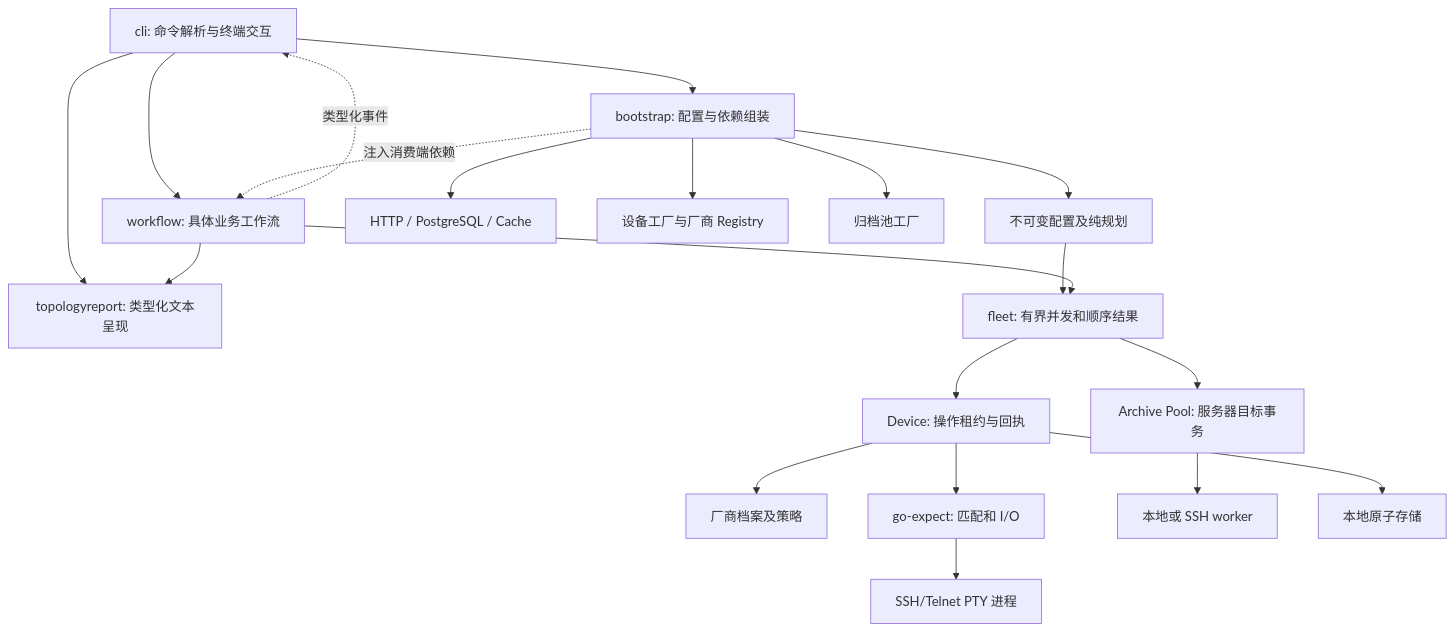
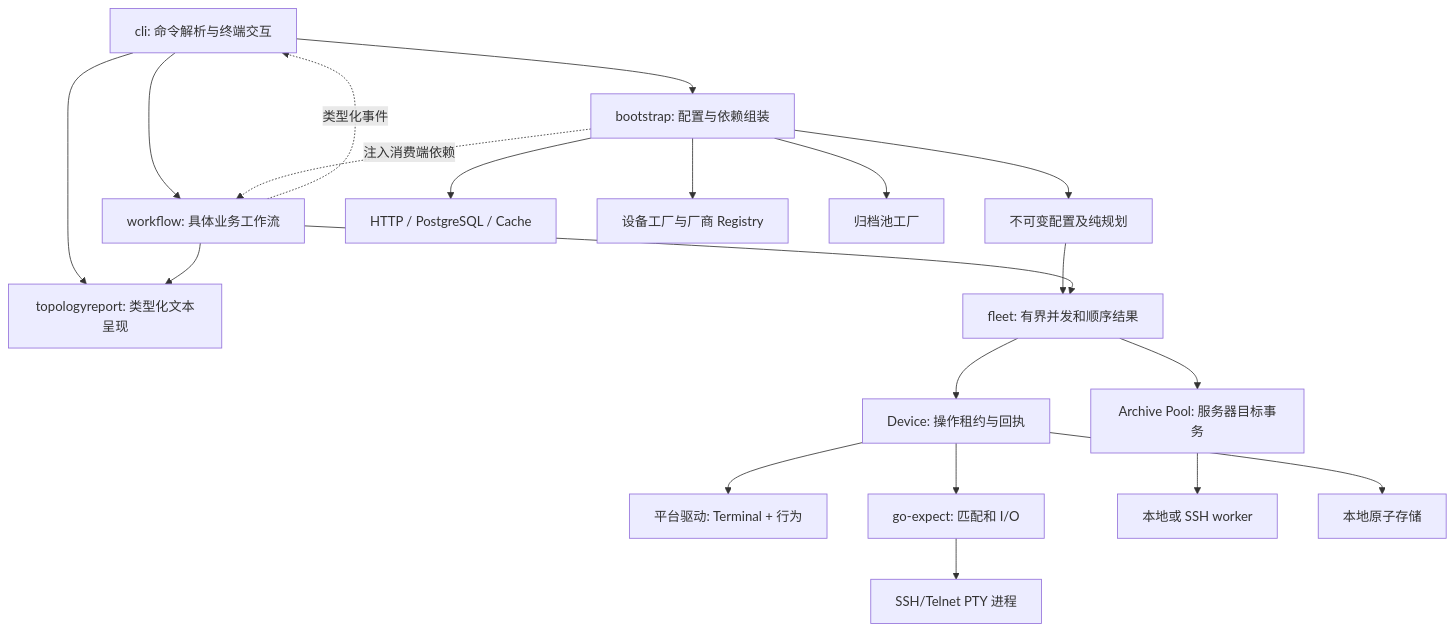
Before and after one commit to gatework/go-net-connector: the first of 2 diagrams in docs/architecture.md, drawn with Mermaid. The commit also changed other lines of this file and 408 other files, not shown here.

````diff
--- a/docs/architecture.md
+++ b/docs/architecture.md
@@ -3,22 +3,22 @@
 ```mermaid
 flowchart TD
   CLI[cli: 命令解析与终端交互] --> Bootstrap[bootstrap: 配置与依赖组装]
   CLI --> Workflow[workflow: 具体业务工作流]
   CLI --> Presentation[topologyreport: 类型化文本呈现]
   Workflow --> Presentation
   Workflow -. 类型化事件 .-> CLI
   Bootstrap -. 注入消费端依赖 .-> Workflow
   Bootstrap --> Policy[不可变配置及纯规划]
   Bootstrap --> Source[HTTP / PostgreSQL / Cache]
   Bootstrap --> DeviceFactory[设备工厂与厂商 Registry]
   Bootstrap --> ArchiveFactory[归档池工厂]
   Policy --> Fleet[fleet: 有界并发和顺序结果]
   Workflow --> Fleet
   Fleet --> Device[Device: 操作租约与回执]
-  Device --> Profile[厂商档案及策略]
+  Device --> Driver[平台驱动: Terminal + 行为]
   Device --> Expect[go-expect: 匹配和 I/O]
   Expect --> Transport[SSH/Telnet PTY 进程]
   Fleet --> Archive[Archive Pool: 服务器目标事务]
   Archive --> Worker[本地或 SSH worker]
   Device --> Storage[本地原子存储]
 ```
````
